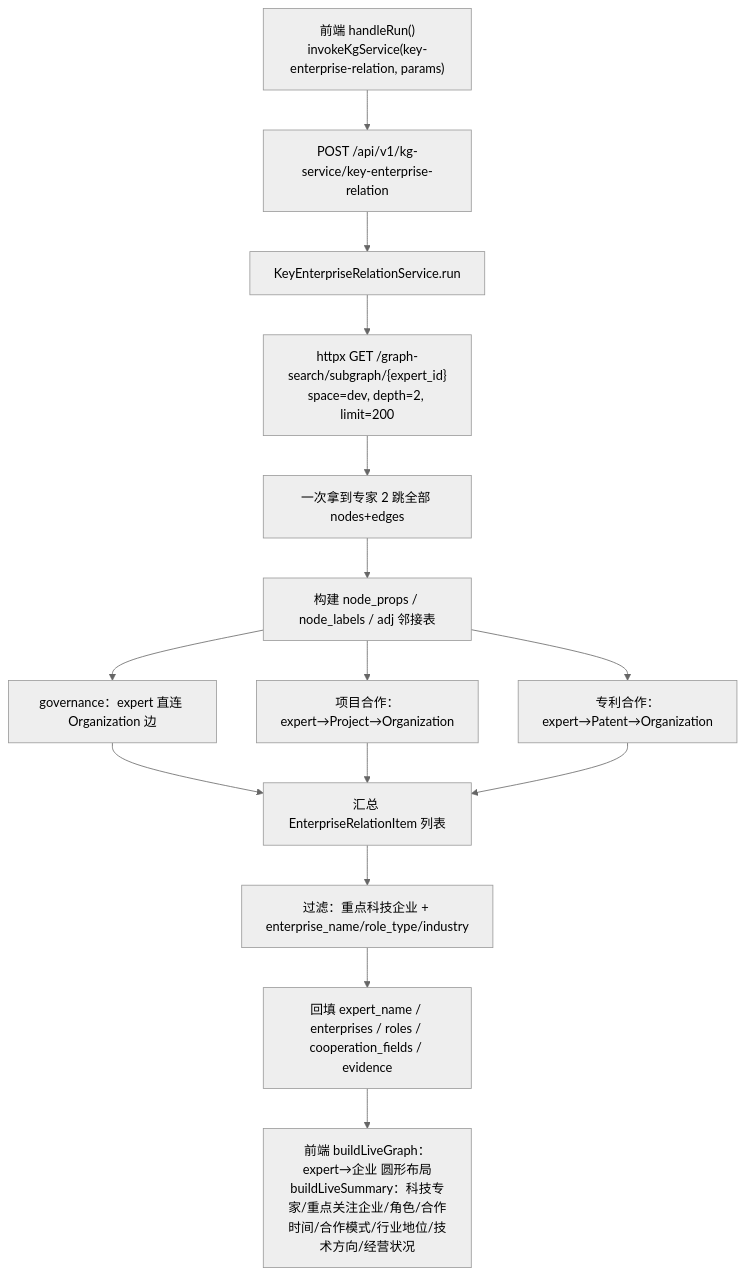
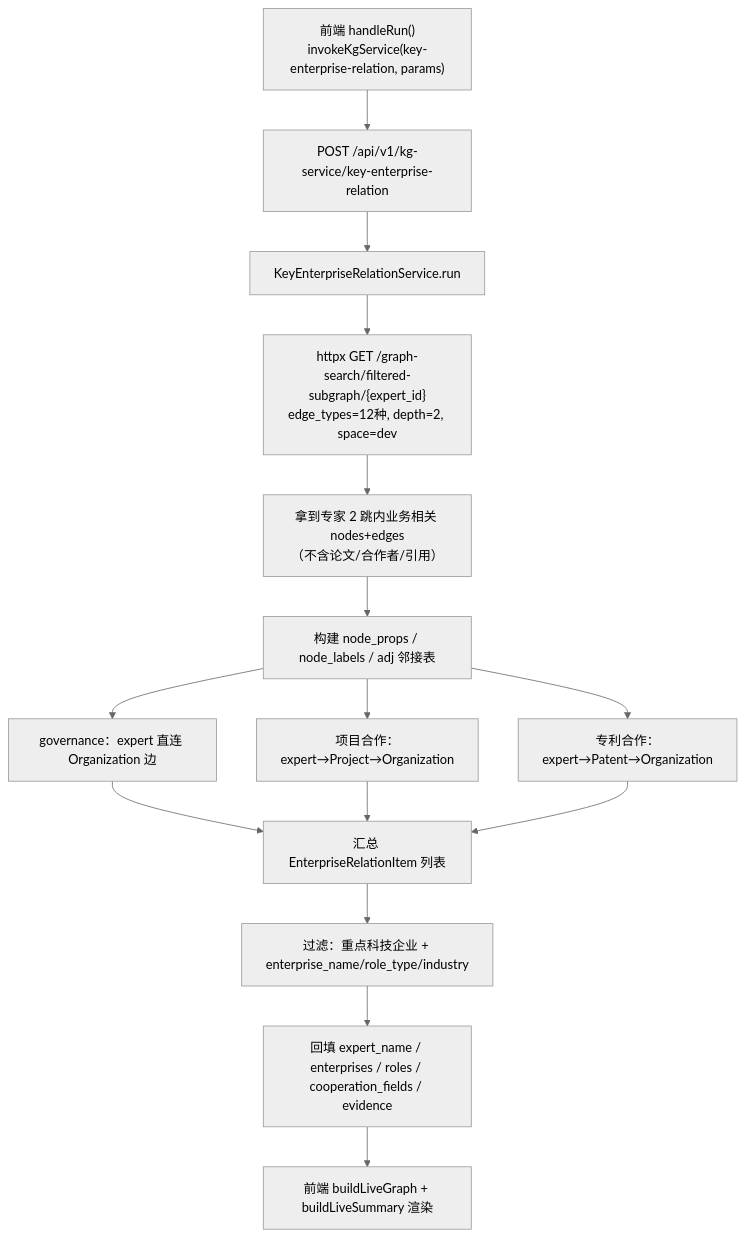
The first of 3 diagrams in docs/business-service-key-enterprise-and-topn-events.md (Marisolebxf/tech-kg-api), drawn with Mermaid (neutral theme) before and after one commit. The commit also changed other lines of this file, not shown here.

First line of the commit message:
docs: 更新业务实现文档（filtered-subgraph + TOP-N 去 MySQL + vid 更新）

````diff
--- a/docs/business-service-key-enterprise-and-topn-events.md
+++ b/docs/business-service-key-enterprise-and-topn-events.md
@@ -61,17 +77,17 @@
 ```mermaid
 flowchart TD
     A["前端 handleRun()<br/>invokeKgService(key-enterprise-relation, params)"] --> B["POST /api/v1/kg-service/key-enterprise-relation"]
     B --> C["KeyEnterpriseRelationService.run"]
-    C --> D["httpx GET /graph-search/subgraph/{expert_id}<br/>space=dev, depth=2, limit=200"]
-    D --> E["一次拿到专家 2 跳全部 nodes+edges"]
+    C --> D["httpx GET /graph-search/filtered-subgraph/{expert_id}<br/>edge_types=12种, depth=2, space=dev"]
+    D --> E["拿到专家 2 跳内业务相关 nodes+edges<br/>（不含论文/合作者/引用）"]
     E --> F["构建 node_props / node_labels / adj 邻接表"]
     F --> G1["governance：expert 直连 Organization 边"]
     F --> G2["项目合作：expert→Project→Organization"]
     F --> G3["专利合作：expert→Patent→Organization"]
     G1 --> H["汇总 EnterpriseRelationItem 列表"]
     G2 --> H
     G3 --> H
     H --> I["过滤：重点科技企业 + enterprise_name/role_type/industry"]
     I --> J["回填 expert_name / enterprises / roles / cooperation_fields / evidence"]
-    J --> K["前端 buildLiveGraph：expert→企业 圆形布局<br/>buildLiveSummary：科技专家/重点关注企业/角色/合作时间/合作模式/行业地位/技术方向/经营状况"]
+    J --> K["前端 buildLiveGraph + buildLiveSummary 渲染"]
 ```
````
